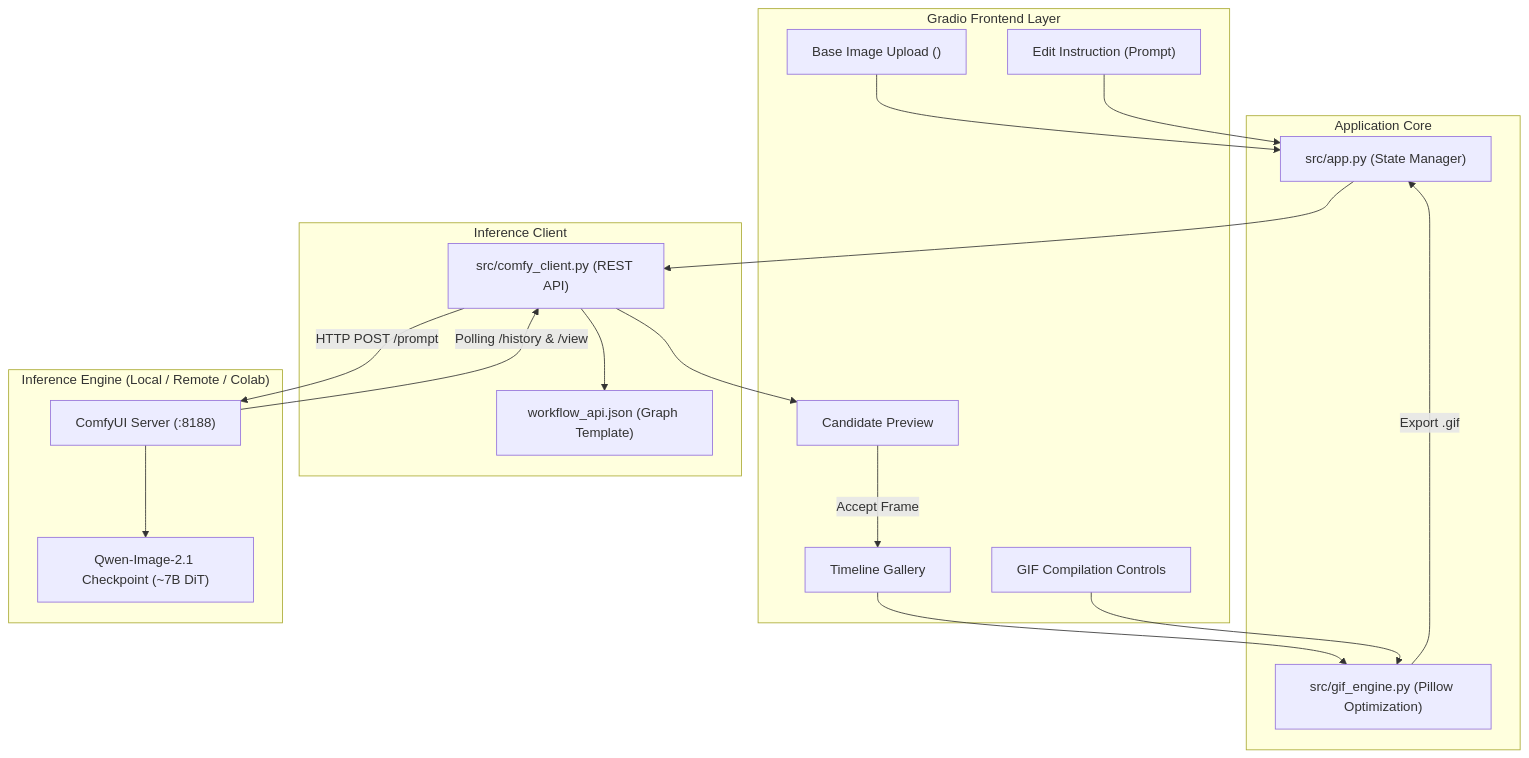
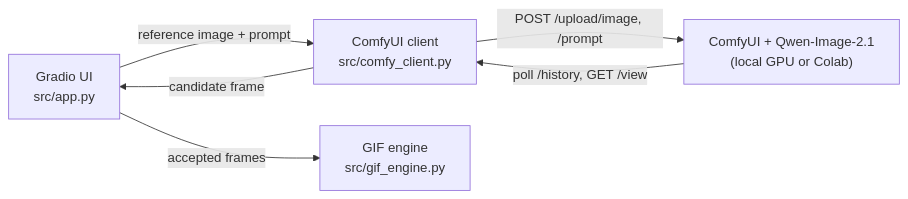
The diagram in README.md (jotacib3/qwen-image-gif), drawn with Mermaid before and after one commit. The commit also changed other lines of this file and 4 other files, not shown here.

Commit message:
docs: rewrite README and Colab notebook with accurate model setup

````diff
--- a/README.md
+++ b/README.md
@@ -42,38 +28,8 @@
 ```mermaid
-flowchart TD
-    subgraph UI ["Gradio Frontend Layer"]
-        A["Base Image Upload (<image1>)"]
-        B["Edit Instruction (Prompt)"]
-        C["Candidate Preview"]
-        D["Timeline Gallery"]
-        E["GIF Compilation Controls"]
-    end
-
-    subgraph Core ["Application Core"]
-        App["src/app.py (State Manager)"]
-        GifEngine["src/gif_engine.py (Pillow Optimization)"]
-    end
-
-    subgraph BackendClient ["Inference Client"]
-        Client["src/comfy_client.py (REST API)"]
-        Workflow["workflow_api.json (Graph Template)"]
-    end
-
-    subgraph Execution ["Inference Engine (Local / Remote / Colab)"]
-        Comfy["ComfyUI Server (:8188)"]
-        Model["Qwen-Image-2.1 Checkpoint (~7B DiT)"]
-    end
-
-    A --> App
-    B --> App
-    App --> Client
-    Client --> Workflow
-    Client -->|HTTP POST /prompt| Comfy
-    Comfy --> Model
-    Comfy -->|Polling /history & /view| Client
-    Client --> C
-    C -->|Accept Frame| D
-    D --> GifEngine
-    E --> GifEngine
-    GifEngine -->|Export .gif| App
+flowchart LR
+    UI["Gradio UI<br/>src/app.py"] -->|reference image + prompt| Client["ComfyUI client<br/>src/comfy_client.py"]
+    Client -->|POST /upload/image, /prompt| Comfy["ComfyUI + Qwen-Image-2.1<br/>(local GPU or Colab)"]
+    Comfy -->|poll /history, GET /view| Client
+    Client -->|candidate frame| UI
+    UI -->|accepted frames| GIF["GIF engine<br/>src/gif_engine.py"]
 ```
````
